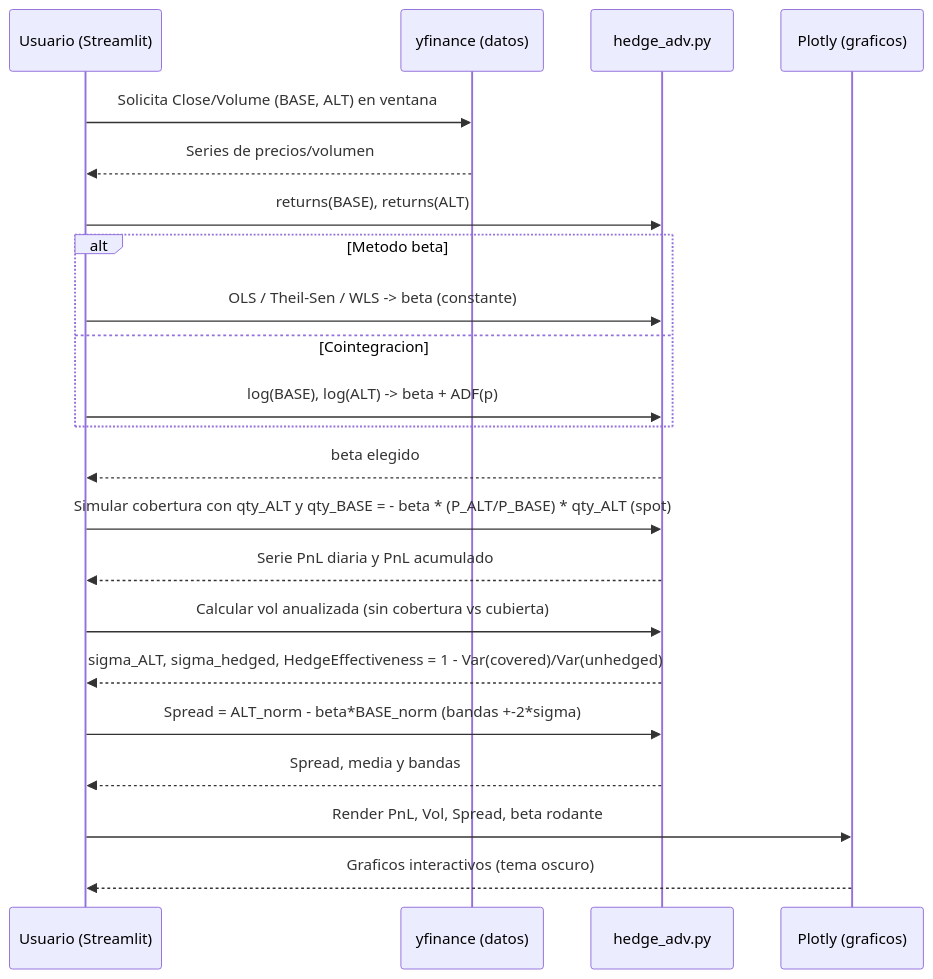
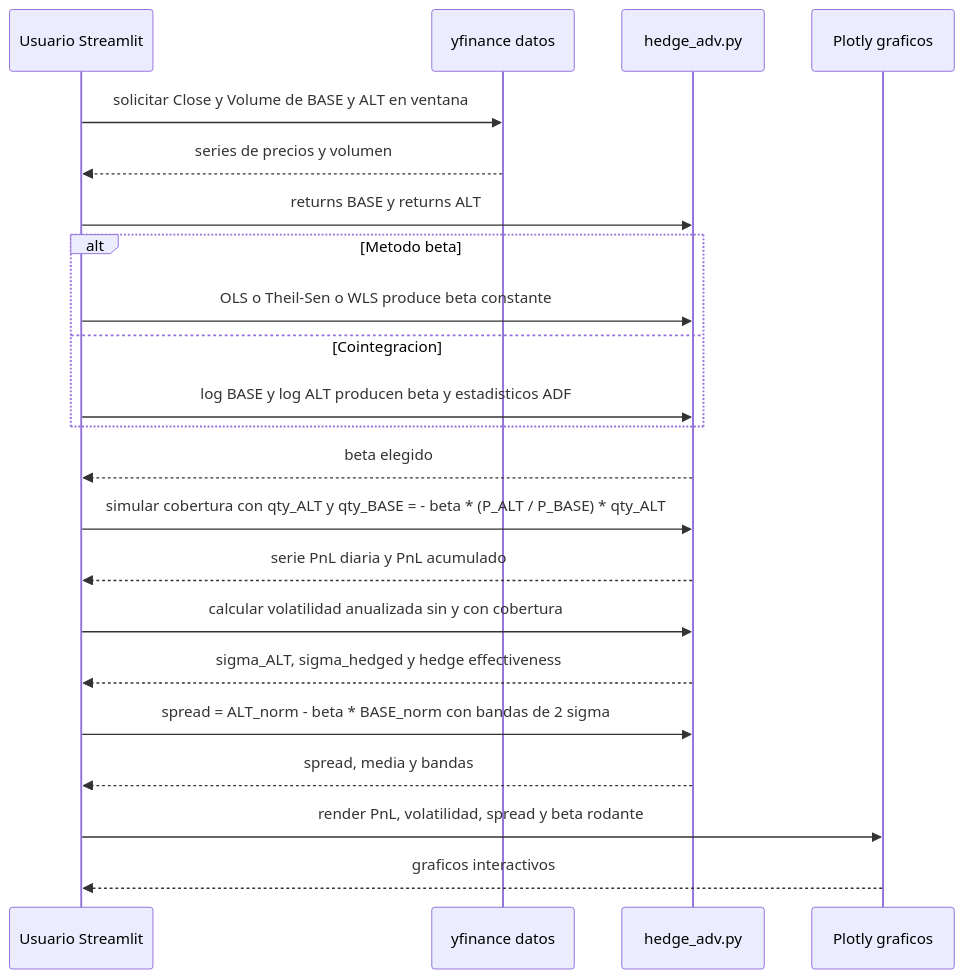
One commit to inversionista/Etfs_apalancados changed the second of 3 diagrams in README.md. Above: the diagram before and after it, drawn with Mermaid. The commit also changed other lines of this file, not shown here.

Commit message:
Fix: Se agrega diagrama a README.md

````diff
--- a/README.md
+++ b/README.md
@@ -81,30 +70,30 @@
 ```mermaid
 sequenceDiagram
-  participant UI as Usuario (Streamlit)
-  participant DL as yfinance (datos)
+  participant UI as Usuario Streamlit
+  participant DL as yfinance datos
   participant HA as hedge_adv.py
-  participant PL as Plotly (graficos)
+  participant PL as Plotly graficos
 
-  UI->>DL: Solicita Close/Volume (BASE, ALT) en ventana
-  DL-->>UI: Series de precios/volumen
-  UI->>HA: returns(BASE), returns(ALT)
+  UI->>DL: solicitar Close y Volume de BASE y ALT en ventana
+  DL-->>UI: series de precios y volumen
+  UI->>HA: returns BASE y returns ALT
 
   alt Metodo beta
-    UI->>HA: OLS / Theil-Sen / WLS -> beta (constante)
+    UI->>HA: OLS o Theil-Sen o WLS produce beta constante
   else Cointegracion
-    UI->>HA: log(BASE), log(ALT) -> beta + ADF(p)
+    UI->>HA: log BASE y log ALT producen beta y estadisticos ADF
   end
   HA-->>UI: beta elegido
 
-  UI->>HA: Simular cobertura con qty_ALT y qty_BASE = - beta * (P_ALT/P_BASE) * qty_ALT (spot)
-  HA-->>UI: Serie PnL diaria y PnL acumulado
+  UI->>HA: simular cobertura con qty_ALT y qty_BASE = - beta * (P_ALT / P_BASE) * qty_ALT
+  HA-->>UI: serie PnL diaria y PnL acumulado
 
-  UI->>HA: Calcular vol anualizada (sin cobertura vs cubierta)
-  HA-->>UI: sigma_ALT, sigma_hedged, HedgeEffectiveness = 1 - Var(covered)/Var(unhedged)
+  UI->>HA: calcular volatilidad anualizada sin y con cobertura
+  HA-->>UI: sigma_ALT, sigma_hedged y hedge effectiveness
 
-  UI->>HA: Spread = ALT_norm - beta*BASE_norm (bandas +-2*sigma)
-  HA-->>UI: Spread, media y bandas
+  UI->>HA: spread = ALT_norm - beta * BASE_norm con bandas de 2 sigma
+  HA-->>UI: spread, media y bandas
 
-  UI->>PL: Render PnL, Vol, Spread, beta rodante
-  PL-->>UI: Graficos interactivos (tema oscuro)
+  UI->>PL: render PnL, volatilidad, spread y beta rodante
+  PL-->>UI: graficos interactivos
 ```
````
